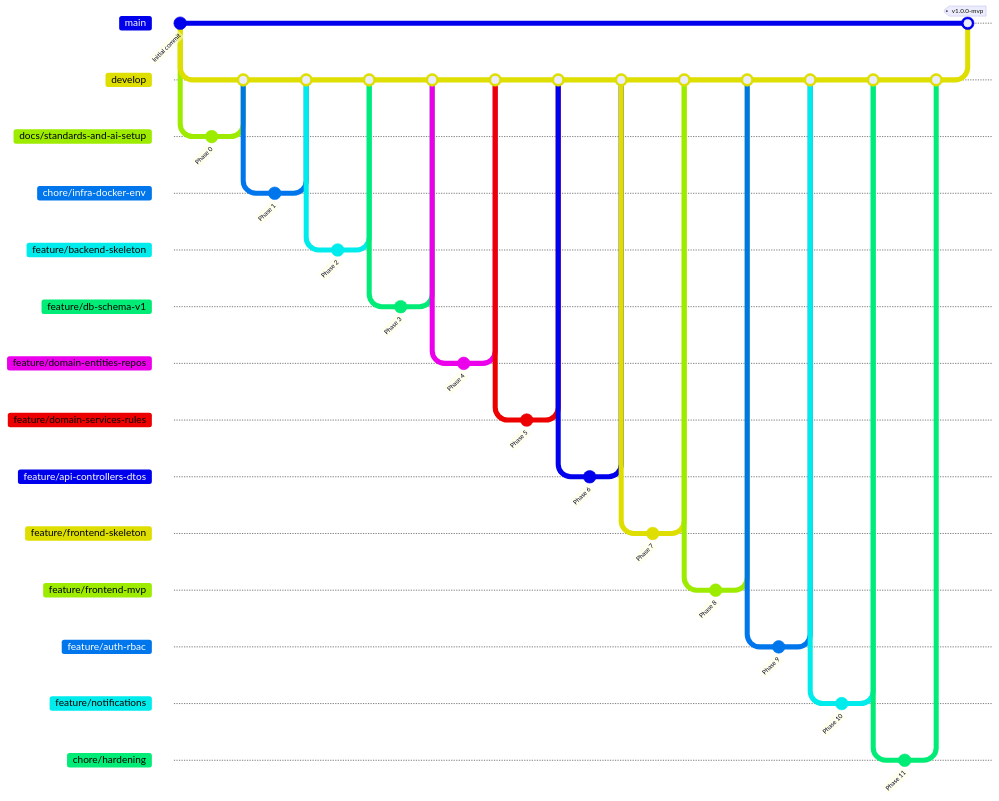
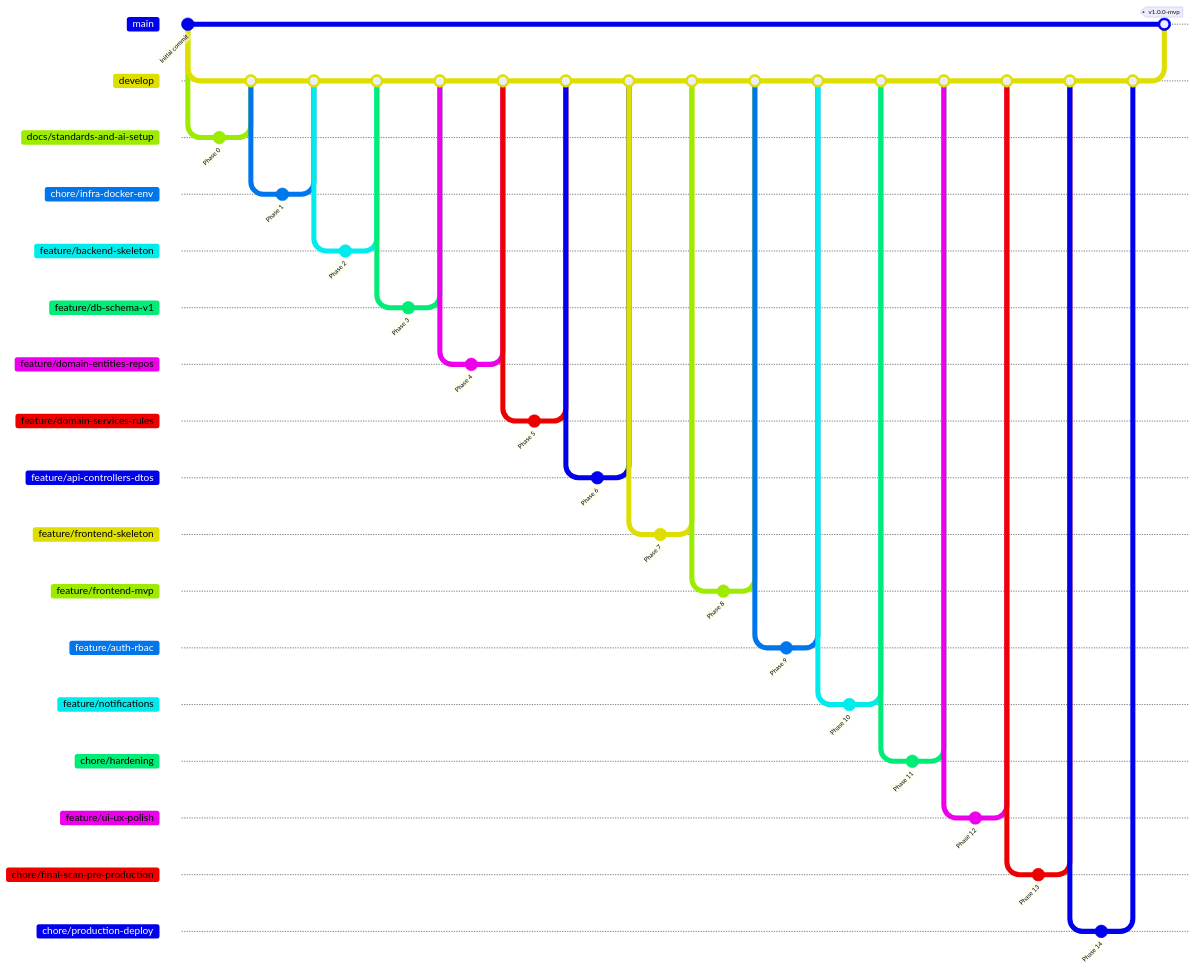
One commit to markalvincadangin/laundry-shop-management-system changed the diagram in docs/06-implementation/implementation-plan.md. Above: the diagram before and after it, drawn with Mermaid. The commit also changed other lines of this file and 31 other files, not shown here.

````diff
--- a/docs/06-implementation/implementation-plan.md
+++ b/docs/06-implementation/implementation-plan.md
@@ -692,6 +884,21 @@
    checkout develop
    merge chore/hardening
    
+   branch feature/ui-ux-polish
+   commit id: "Phase 12"
+   checkout develop
+   merge feature/ui-ux-polish
+   
+   branch chore/final-scan-pre-production
+   commit id: "Phase 13"
+   checkout develop
+   merge chore/final-scan-pre-production
+   
+   branch chore/production-deploy
+   commit id: "Phase 14"
+   checkout develop
+   merge chore/production-deploy
+   
    checkout main
    merge develop tag: "v1.0.0-mvp"
 ```
````
